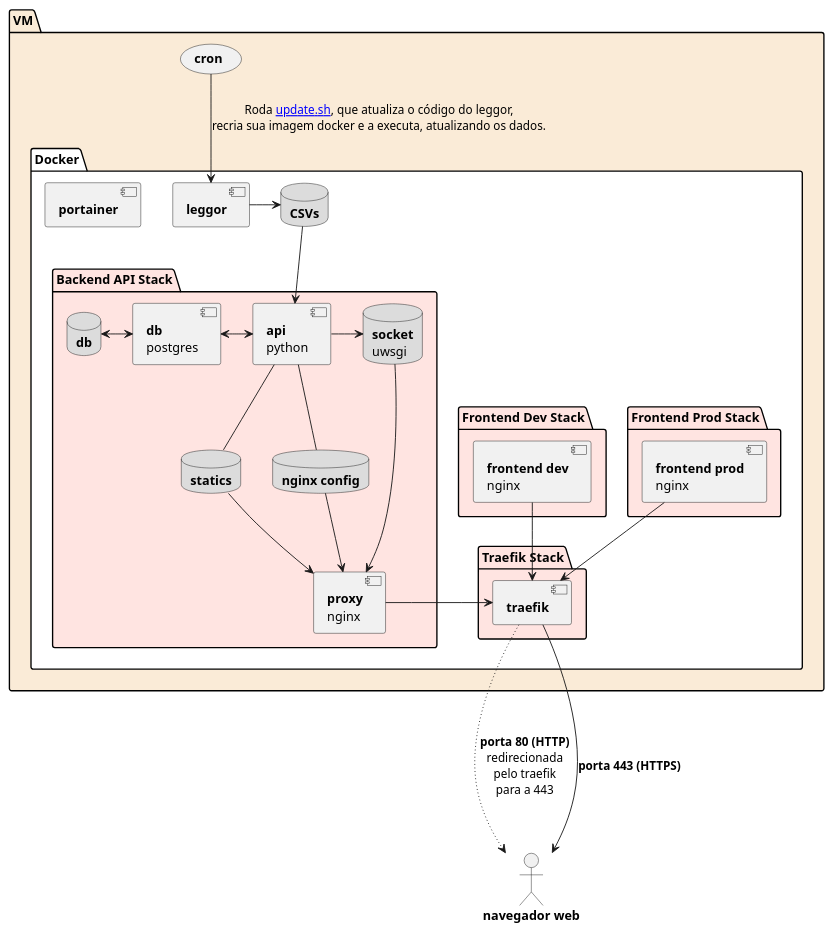
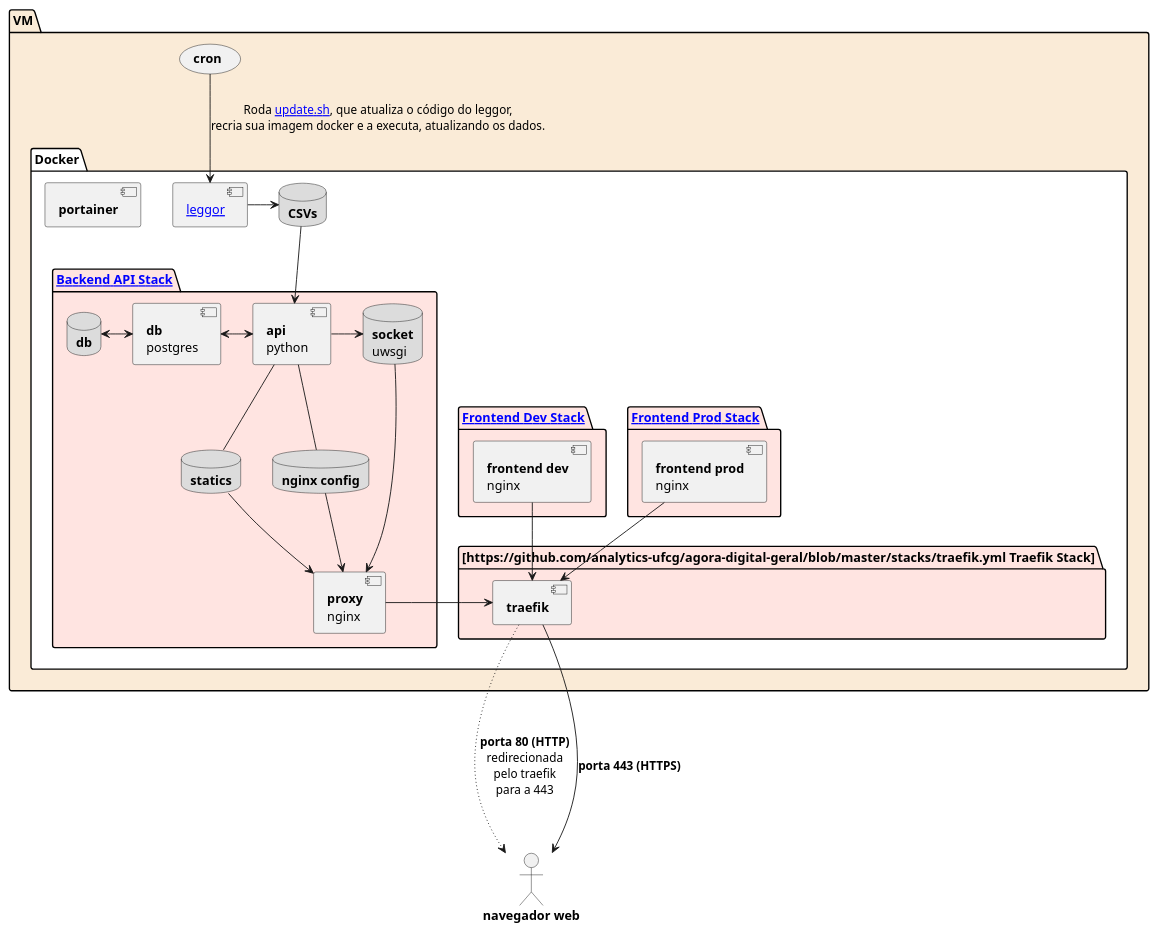
The diagram in diagrama.puml (parlametria/leggo-geral), drawn with PlantUML before and after one commit. The commit also changed 1 other file, not shown here.

```diff
--- a/diagrama.puml
+++ b/diagrama.puml
@@ -16,54 +16,54 @@
 @startuml
 
 skinparam componentStyle uml2
 
 skinparam database {
   BackgroundColor gainsboro
 }
 
 package "VM" #antiquewhite {
   (**cron**) as cron
   package "Docker" as docker_front #white {
-    package "Traefik Stack" #mistyrose {
+    package "[[https://github.com/analytics-ufcg/agora-digital-geral/blob/master/stacks/traefik.yml Traefik Stack]]" #mistyrose {
       [**traefik**] as traefik
     }
     [**portainer**] as portainer
-    [**leggor**] as leggor
-    package "Frontend Prod Stack" as frontprodser #mistyrose {
+    component "[[https://github.com/analytics-ufcg/leggoR leggor]]" as leggor
+    package "[[https://github.com/analytics-ufcg/agora-digital-geral/blob/master/stacks/frontend-production.yml Frontend Prod Stack]]" as frontprodser #mistyrose {
       [**frontend prod**\nnginx] as frontend_prod
     }
-    package "Frontend Dev Stack" as frontdevser #mistyrose {
+    package "[[https://github.com/analytics-ufcg/agora-digital-geral/blob/master/stacks/frontend-development.yml Frontend Dev Stack]]" as frontdevser #mistyrose {
       [**frontend dev**\nnginx] as frontend_dev
     }
-    package "Backend API Stack" as backser #mistyrose {
+    package "[[https://github.com/analytics-ufcg/agora-digital-geral/blob/master/stacks/backend.yml Backend API Stack]]" as backser #mistyrose {
       [**proxy**\nnginx] as backproxy
       [**api**\npython] as api
       [**db**\npostgres] as db
     database "**statics**" as statics_vol
     database "**socket**\nuwsgi" as socket_vol
     database "**nginx config**" as nginx_config_vol
     database "**db**" as db_vol
     }
     database "**CSVs**" as csvs
   }
 }
 "**navegador web**" as navegador
 
 cron --> leggor : Roda [[https://github.com/analytics-ufcg/leggo-geral/blob/master/update.sh update.sh]], que atualiza o código do leggor,\nrecria sua imagem docker e a executa, atualizando os dados.
 leggor -> csvs
 csvs --> api
 db <-> api
 db_vol <-> db
 backproxy -> traefik
 frontend_dev --> traefik
 frontend_prod --> traefik
 traefik ~~~> navegador : "**porta 80 (HTTP)**\nredirecionada\npelo traefik\npara a 443"
 traefik ---> navegador : "**porta 443 (HTTPS)**"
 api -- statics_vol
 statics_vol --> backproxy
 api ->socket_vol
 socket_vol ---> backproxy
 nginx_config_vol -u- api
 nginx_config_vol --> backproxy
 
 @enduml
```
